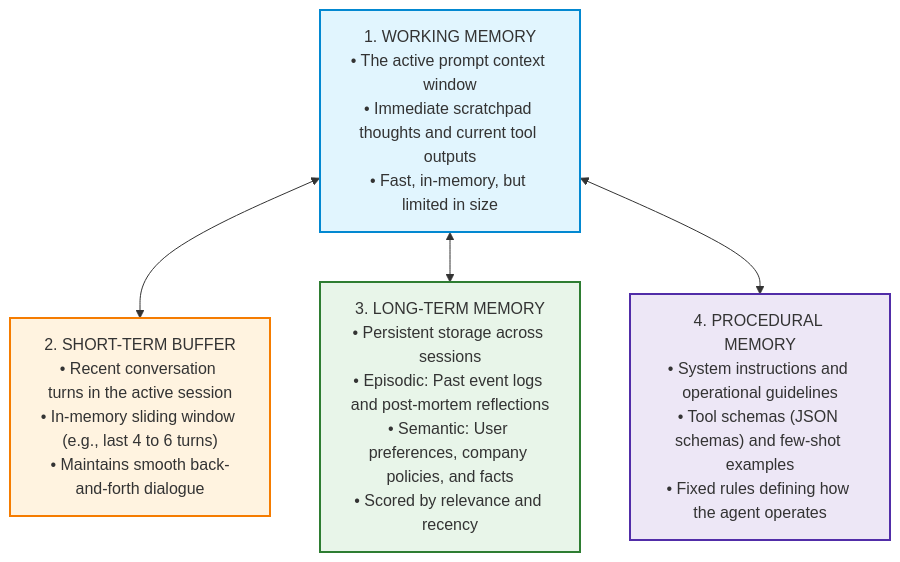
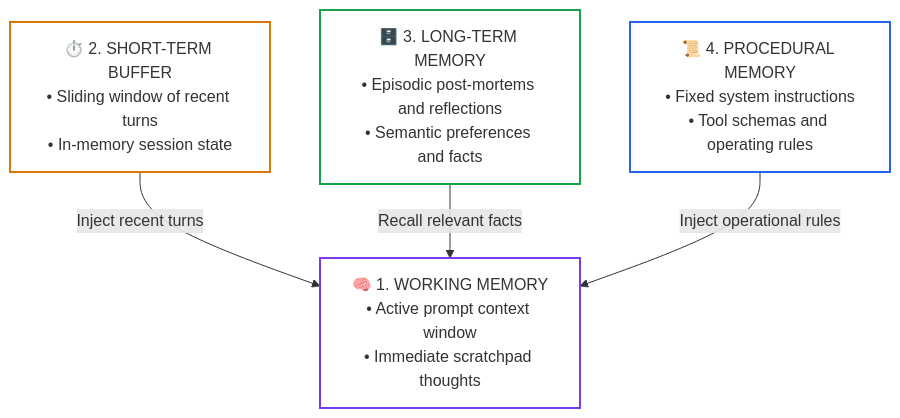
One commit to dip4k/senior-engineer-to-ai-engineer-roadmap changed the second of 5 diagrams in 04-agentic-systems-and-orchestration/04-agent-memory-systems-and-cognitive-architectures.md. Above: the diagram before and after it, drawn with Mermaid. The commit also changed other lines of this file and 94 other files, not shown here.

Commit message:
refactor(curriculum): complete Phase 04 upgrade and enforce diagram renderer invariants

````diff
--- a/04-agentic-systems-and-orchestration/04-agent-memory-systems-and-cognitive-architectures.md
+++ b/04-agentic-systems-and-orchestration/04-agent-memory-systems-and-cognitive-architectures.md
@@ -57,15 +65,19 @@
 ```mermaid
 flowchart TD
-    classDef wm fill:#e1f5fe,stroke:#0288d1,stroke-width:2px;
-    classDef st fill:#fff3e0,stroke:#f57c00,stroke-width:2px;
-    classDef lt fill:#e8f5e9,stroke:#2e7d32,stroke-width:2px;
-    classDef pm fill:#ede7f6,stroke:#512da8,stroke-width:2px;
+    WM["🧠 1. WORKING MEMORY<br>• Active prompt context window<br>• Immediate scratchpad thoughts"]
+    
+    ST["⏱️ 2. SHORT-TERM BUFFER<br>• Sliding window of recent turns<br>• In-memory session state"]
+    
+    LT["🗄️ 3. LONG-TERM MEMORY<br/>• Episodic post-mortems and reflections<br/>• Semantic preferences and facts"]
+    
+    PM["📜 4. PROCEDURAL MEMORY<br/>• Fixed system instructions<br/>• Tool schemas and operating rules"]
 
-    WM["1. WORKING MEMORY\n• The active prompt context window\n• Immediate scratchpad thoughts and current tool outputs\n• Fast, in-memory, but limited in size"]:::wm
-    
-    WM <--> ST["2. SHORT-TERM BUFFER\n• Recent conversation turns in the active session\n• In-memory sliding window (e.g., last 4 to 6 turns)\n• Maintains smooth back-and-forth dialogue"]:::st
-    
-    WM <--> LT["3. LONG-TERM MEMORY\n• Persistent storage across sessions\n• Episodic: Past event logs and post-mortem reflections\n• Semantic: User preferences, company policies, and facts\n• Scored by relevance and recency"]:::lt
-    
-    WM <--> PM["4. PROCEDURAL MEMORY\n• System instructions and operational guidelines\n• Tool schemas (JSON schemas) and few-shot examples\n• Fixed rules defining how the agent operates"]:::pm
+    ST -->|"Inject recent turns"| WM
+    LT -->|"Recall relevant facts"| WM
+    PM -->|"Inject operational rules"| WM
+
+    style WM stroke:#7c3aed,stroke-width:2px,fill:none
+    style ST stroke:#d97706,stroke-width:2px,fill:none
+    style LT stroke:#16a34a,stroke-width:2px,fill:none
+    style PM stroke:#2563eb,stroke-width:2px,fill:none
 ```
````
